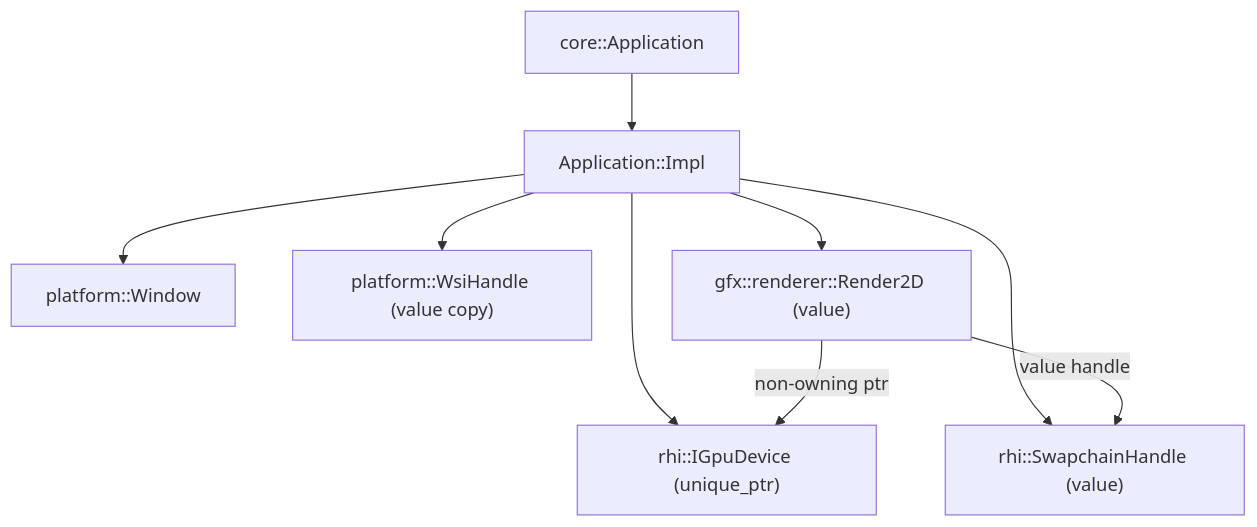
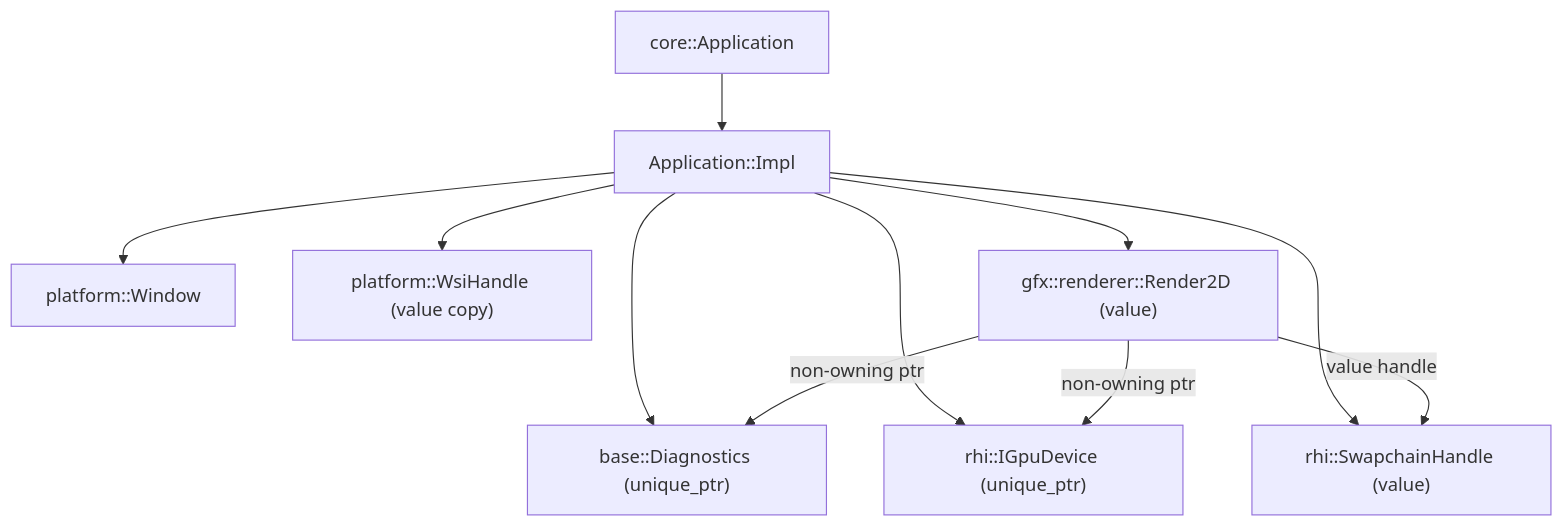
The first of 2 diagrams in docs/LIFETIME_MODEL.md (nduplessis11/strata), drawn with Mermaid before and after one commit. The commit also changed other lines of this file and 37 other files, not shown here.

````diff
--- a/docs/LIFETIME_MODEL.md
+++ b/docs/LIFETIME_MODEL.md
@@ -43,13 +44,15 @@
 ```mermaid
 flowchart TD
   A[core::Application] --> I[Application::Impl]
 
   I --> W[platform::Window]
+  I --> DIAG["base::Diagnostics (unique_ptr)"]
   I --> WH["platform::WsiHandle (value copy)"]
   I --> D["rhi::IGpuDevice (unique_ptr)"]
   I --> SC["rhi::SwapchainHandle (value)"]
   I --> R["gfx::renderer::Render2D (value)"]
 
   R -->|non-owning ptr| D
+  R -->|non-owning ptr| DIAG
   R -->|value handle| SC
 ```
````
